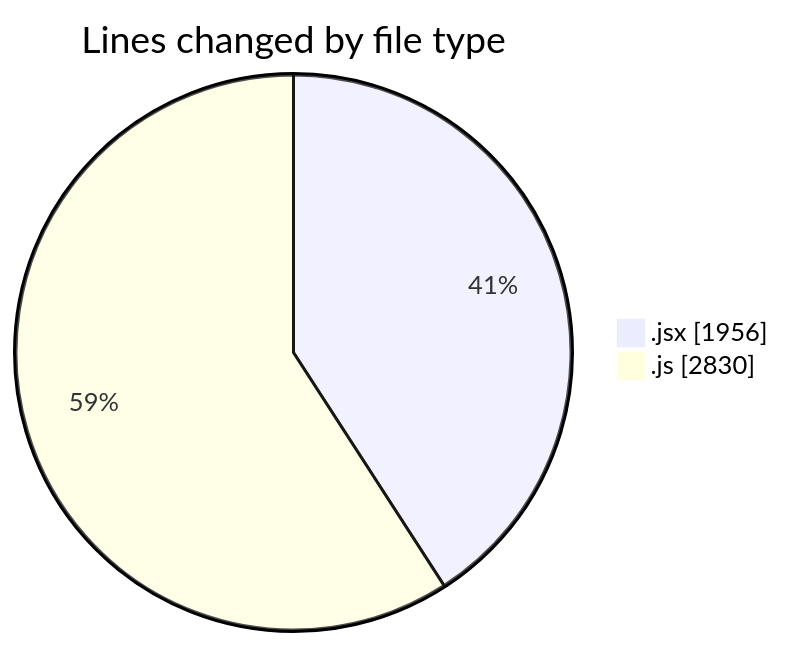
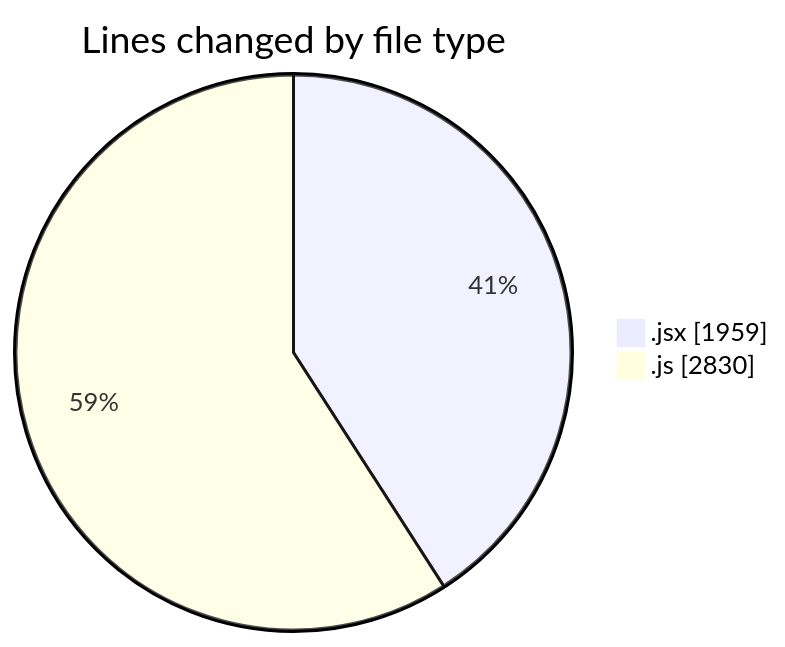
One commit to nxtqubesakshisongat/code-tracking changed the first of 2 diagrams in 2025-11-07/nxtqube_webapp/README.md. Above: the diagram before and after it, drawn with Mermaid. The commit also changed other lines of this file and 1 other file, not shown here.

````diff
--- a/2025-11-07/nxtqube_webapp/README.md
+++ b/2025-11-07/nxtqube_webapp/README.md
@@ -27,6 +27,6 @@
 ```mermaid
 pie showData
 title Lines changed by file type
-".jsx" : 1956
+".jsx" : 1959
 ".js" : 2830
 ```
````
